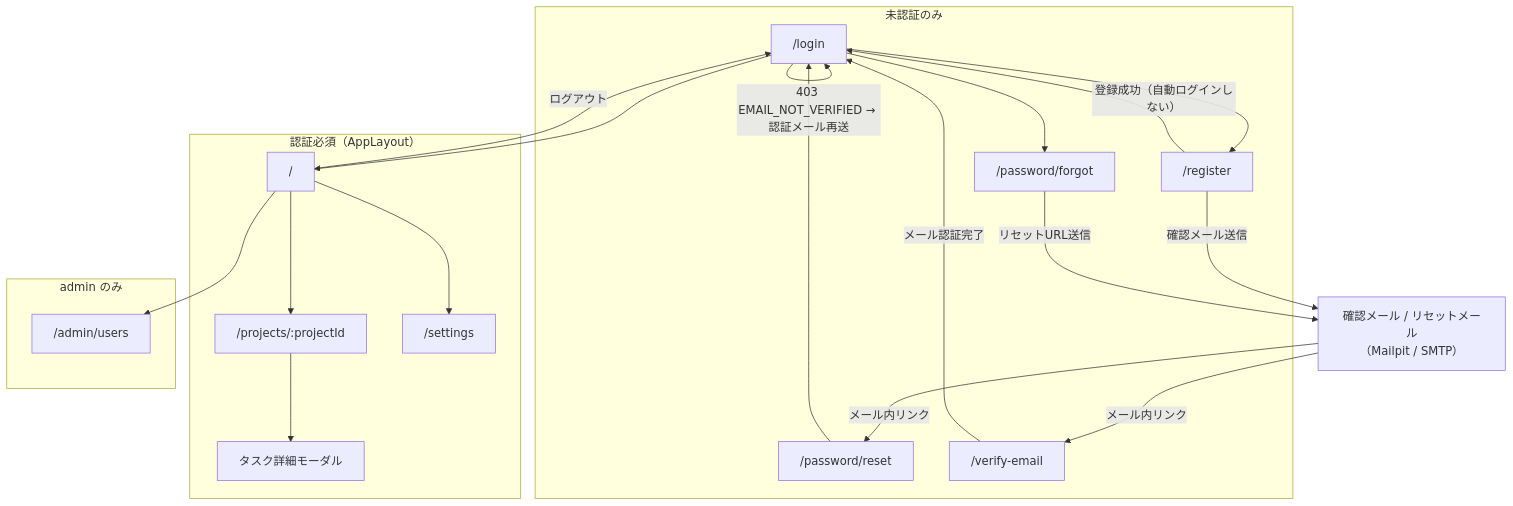
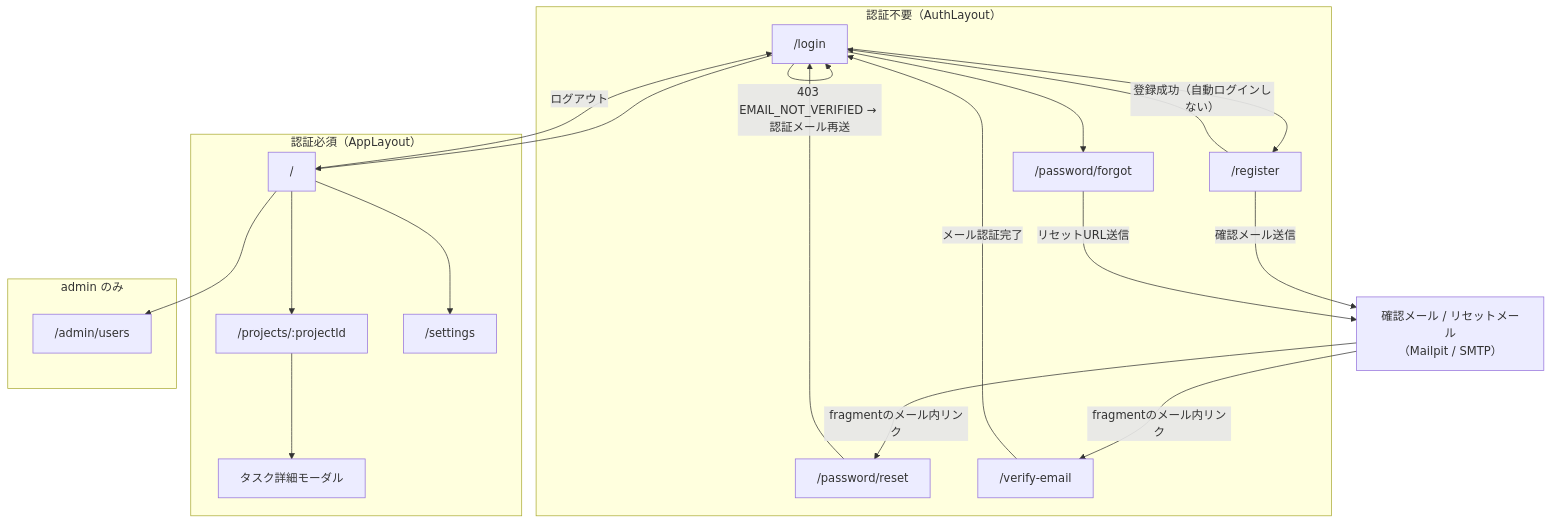
One commit to oikawa-d/task_management changed the first of 7 diagrams in basic_design/05_frontend.md. Above: the diagram before and after it, drawn with Mermaid. The commit also changed other lines of this file and 15 other files, not shown here.

````diff
--- a/basic_design/05_frontend.md
+++ b/basic_design/05_frontend.md
@@ -76,37 +74,37 @@
 ```mermaid
 flowchart TB
-    subgraph public["未認証のみ"]
+    subgraph public["認証不要（AuthLayout）"]
         L["/login"]
         R["/register"]
         PF["/password/forgot"]
         PR["/password/reset"]
         VE["/verify-email"]
     end
     subgraph private["認証必須（AppLayout）"]
         D["/"]
         B["/projects/:projectId"]
         T["タスク詳細モーダル"]
         S["/settings"]
     end
     subgraph adminonly["admin のみ"]
         AU["/admin/users"]
     end
     MAIL["確認メール / リセットメール<br/>（Mailpit / SMTP）"]
 
     L --> D
     L --> R
     L --> PF
     PR --> L
     R -->|"登録成功（自動ログインしない）"| L
     R -->|"確認メール送信"| MAIL
-    MAIL -->|"メール内リンク"| VE
+    MAIL -->|"fragmentのメール内リンク"| VE
     PF -->|"リセットURL送信"| MAIL
-    MAIL -->|"メール内リンク"| PR
+    MAIL -->|"fragmentのメール内リンク"| PR
     VE -->|"メール認証完了"| L
     L -->|"403 EMAIL_NOT_VERIFIED → 認証メール再送"| L
     D --> B
     B --> T
     D --> S
     D --> AU
     D -->|ログアウト| L
 ```
````
